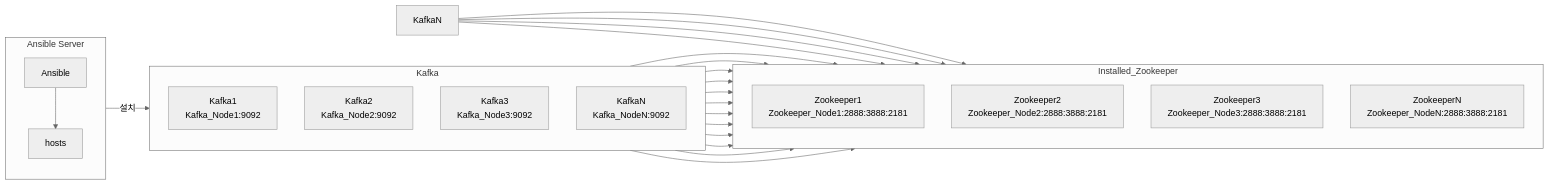
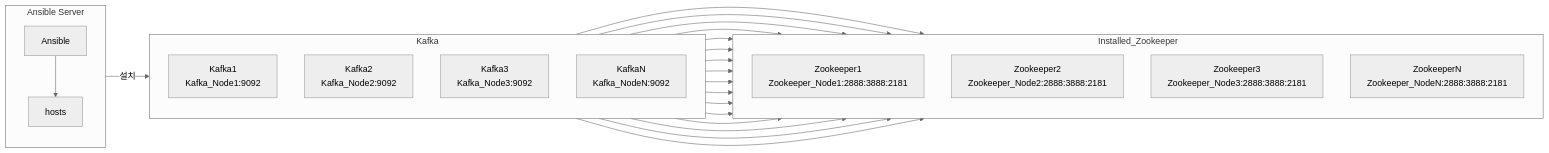
One commit to QubitSecurity/howto changed the diagram in rocky9/app/kafka/ansible_install/readme.md. Above: the diagram before and after it, drawn with Mermaid (neutral theme).

````diff
--- a/rocky9/app/kafka/ansible_install/readme.md
+++ b/rocky9/app/kafka/ansible_install/readme.md
@@ -35,56 +35,56 @@
 ```mermaid
 graph LR;
 
     %% Define layout direction and spacing
     %% style Ansible_Server fill:#f9f,stroke:#333,stroke-width:2px,height:200px;
     %% style Zookeeper fill:#cfc,stroke:#333,stroke-width:2px;
 
 
     %% Ansible Server Section
     subgraph Ansible_Server[Ansible Server]
         direction TB
         Ansible1[Ansible]
         hosts[hosts]
         
         Ansible1 --> hosts
     end
 
     %% Zookeeper Section
     subgraph Zookeeper[Installed_Zookeeper]
         direction TB
         Zookeeper1[Zookeeper1<br>Zookeeper_Node1:2888:3888:2181]
         Zookeeper2[Zookeeper2<br>Zookeeper_Node2:2888:3888:2181]
         Zookeeper3[Zookeeper3<br>Zookeeper_Node3:2888:3888:2181]
         Zookeeper4[ZookeeperN<br>Zookeeper_NodeN:2888:3888:2181]
         
     end
 
     %% Combined Kafka and Solr Section
         %% Kafka Subgraph
     subgraph Kafka[Kafka]
         direction TB
         Kafka1[Kafka1<br>Kafka_Node1:9092]
         Kafka2[Kafka2<br>Kafka_Node2:9092]
         Kafka3[Kafka3<br>Kafka_Node3:9092]
         Kafka4[KafkaN<br>Kafka_NodeN:9092]
     end
 
     hosts -->|설치| Kafka
 
     Kafka1 --> Zookeeper1
     Kafka1 --> Zookeeper2
     Kafka1 --> Zookeeper3
     Kafka1 --> Zookeeper4
     Kafka2 --> Zookeeper1
     Kafka2 --> Zookeeper2
     Kafka2 --> Zookeeper3
     Kafka2 --> Zookeeper4
     Kafka3 --> Zookeeper1
     Kafka3 --> Zookeeper2
     Kafka3 --> Zookeeper3
     Kafka3 --> Zookeeper4
-    KafkaN --> Zookeeper1
-    KafkaN --> Zookeeper2
-    KafkaN --> Zookeeper3
-    KafkaN --> Zookeeper4
+    Kafka4 --> Zookeeper1
+    Kafka4 --> Zookeeper2
+    Kafka4 --> Zookeeper3
+    Kafka4 --> Zookeeper4
 ```
````
